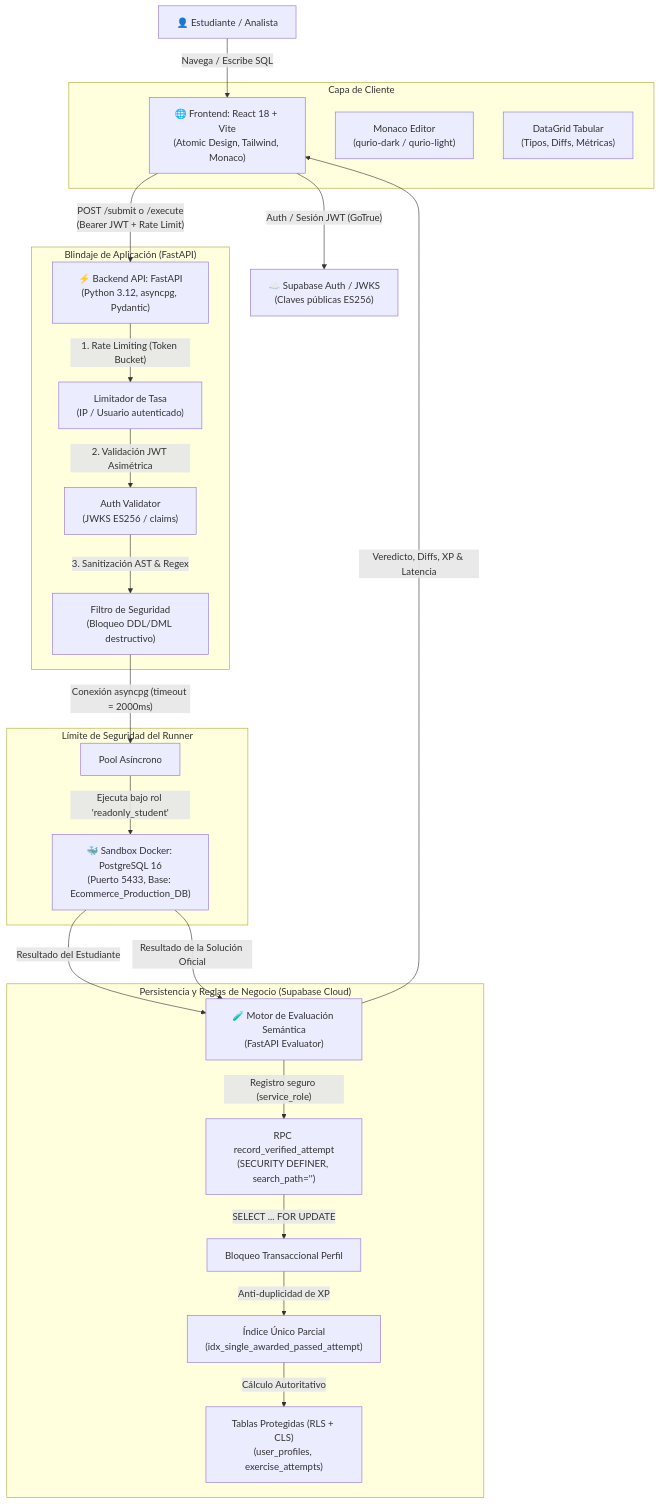
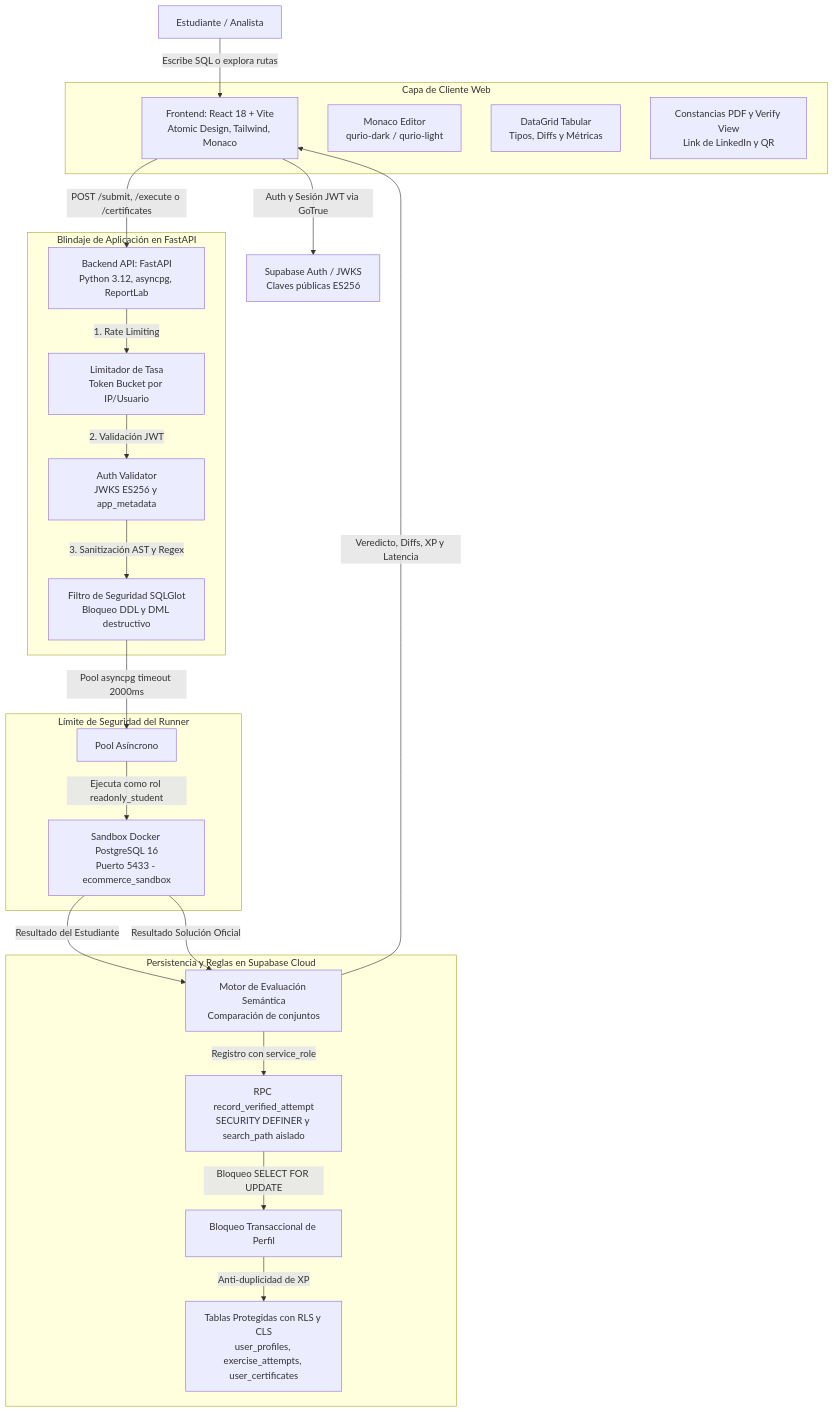
One commit to ErickKNT/qurio changed the first of 3 diagrams in README.md. Above: the diagram before and after it, drawn with Mermaid. The commit also changed other lines of this file, not shown here.

Commit message:
docs(readme): actualizar arquitectura, diagramas Mermaid válidos para GitHub y métricas Fase 16

````diff
--- a/README.md
+++ b/README.md
@@ -136,36 +128,36 @@
 ```mermaid
 flowchart TD
-    User["👤 Estudiante / Analista"] -->|"Navega / Escribe SQL"| Frontend["🌐 Frontend: React 18 + Vite\n(Atomic Design, Tailwind, Monaco)"]
-    
-    subgraph ClientLayer["Capa de Cliente"]
+    User["Estudiante / Analista"] -->|"Escribe SQL o explora rutas"| Frontend["Frontend: React 18 + Vite<br/>Atomic Design, Tailwind, Monaco"]
+
+    subgraph ClientLayer["Capa de Cliente Web"]
         Frontend
-        Monaco["Monaco Editor\n(qurio-dark / qurio-light)"]
-        DataGrid["DataGrid Tabular\n(Tipos, Diffs, Métricas)"]
+        Monaco["Monaco Editor<br/>qurio-dark / qurio-light"]
+        DataGrid["DataGrid Tabular<br/>Tipos, Diffs y Métricas"]
+        CertUI["Constancias PDF y Verify View<br/>Link de LinkedIn y QR"]
     end
 
-    Frontend -->|"Auth / Sesión JWT (GoTrue)"| SupabaseAuth["☁️ Supabase Auth / JWKS\n(Claves públicas ES256)"]
-    Frontend -->|"POST /submit o /execute\n(Bearer JWT + Rate Limit)"| Backend["⚡ Backend API: FastAPI\n(Python 3.12, asyncpg, Pydantic)"]
+    Frontend -->|"Auth y Sesión JWT via GoTrue"| SupabaseAuth["Supabase Auth / JWKS<br/>Claves públicas ES256"]
+    Frontend -->|"POST /submit, /execute o /certificates"| Backend["Backend API: FastAPI<br/>Python 3.12, asyncpg, ReportLab"]
 
-    subgraph BackendSecurity["Blindaje de Aplicación (FastAPI)"]
-        Backend -->|"1. Rate Limiting (Token Bucket)"| RateLimiter["Limitador de Tasa\n(IP / Usuario autenticado)"]
-        RateLimiter -->|"2. Validación JWT Asimétrica"| JWTValidator["Auth Validator\n(JWKS ES256 / claims)"]
-        JWTValidator -->|"3. Sanitización AST & Regex"| SecurityFilter["Filtro de Seguridad\n(Bloqueo DDL/DML destructivo)"]
+    subgraph BackendSecurity["Blindaje de Aplicación en FastAPI"]
+        Backend -->|"1. Rate Limiting"| RateLimiter["Limitador de Tasa<br/>Token Bucket por IP/Usuario"]
+        RateLimiter -->|"2. Validación JWT"| JWTValidator["Auth Validator<br/>JWKS ES256 y app_metadata"]
+        JWTValidator -->|"3. Sanitización AST y Regex"| SecurityFilter["Filtro de Seguridad SQLGlot<br/>Bloqueo DDL y DML destructivo"]
     end
 
     subgraph SecurityBoundary["Límite de Seguridad del Runner"]
-        SecurityFilter -->|"Conexión asyncpg (timeout = 2000ms)"| Pool["Pool Asíncrono"]
-        Pool -->|"Ejecuta bajo rol 'readonly_student'"| DockerSandbox["🐳 Sandbox Docker: PostgreSQL 16\n(Puerto 5433, Base: Ecommerce_Production_DB)"]
+        SecurityFilter -->|"Pool asyncpg timeout 2000ms"| Pool["Pool Asíncrono"]
+        Pool -->|"Ejecuta como rol readonly_student"| DockerSandbox["Sandbox Docker PostgreSQL 16<br/>Puerto 5433 - ecommerce_sandbox"]
     end
 
-    DockerSandbox -->|"Resultado del Estudiante"| Evaluator["🧪 Motor de Evaluación Semántica\n(FastAPI Evaluator)"]
-    DockerSandbox -->|"Resultado de la Solución Oficial"| Evaluator
-    
-    subgraph SupabaseCloud["Persistencia y Reglas de Negocio (Supabase Cloud)"]
-        Evaluator -->|"Registro seguro (service_role)"| SecureRPC["RPC record_verified_attempt\n(SECURITY DEFINER, search_path='')"]
-        SecureRPC -->|"SELECT ... FOR UPDATE"| RowLock["Bloqueo Transaccional Perfil"]
-        RowLock -->|"Anti-duplicidad de XP"| PartialIndex["Índice Único Parcial\n(idx_single_awarded_passed_attempt)"]
-        PartialIndex -->|"Cálculo Autoritativo"| Storage["Tablas Protegidas (RLS + CLS)\n(user_profiles, exercise_attempts)"]
+    DockerSandbox -->|"Resultado del Estudiante"| Evaluator["Motor de Evaluación Semántica<br/>Comparación de conjuntos"]
+    DockerSandbox -->|"Resultado Solución Oficial"| Evaluator
+
+    subgraph SupabaseCloud["Persistencia y Reglas en Supabase Cloud"]
+        Evaluator -->|"Registro con service_role"| SecureRPC["RPC record_verified_attempt<br/>SECURITY DEFINER y search_path aislado"]
+        SecureRPC -->|"Bloqueo SELECT FOR UPDATE"| RowLock["Bloqueo Transaccional de Perfil"]
+        RowLock -->|"Anti-duplicidad de XP"| Storage["Tablas Protegidas con RLS y CLS<br/>user_profiles, exercise_attempts, user_certificates"]
     end
 
-    Evaluator -->|"Veredicto, Diffs, XP & Latencia"| Frontend
+    Evaluator -->|"Veredicto, Diffs, XP y Latencia"| Frontend
 ```
````
